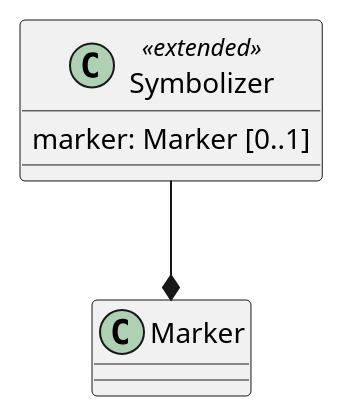
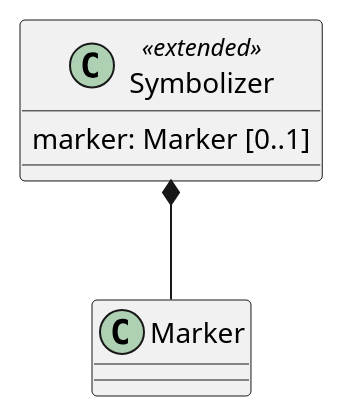
One commit to opengeospatial/styles-and-symbology changed the third of 6 diagrams in core/sections/clause_9_coverage.adoc. Above: the diagram before and after it, drawn with PlantUML. The commit also changed other lines of this file and 10 other files, not shown here.

```diff
--- a/core/sections/clause_9_coverage.adoc
+++ b/core/sections/clause_9_coverage.adoc
@@ -179,7 +179,7 @@
 [plantuml, target=diagram-classes, format=png]
 ....
 
 class Symbolizer <<extended>>
 Symbolizer : marker: Marker [0..1]
-Symbolizer --* Marker
+Symbolizer *-- Marker
 ....
```
